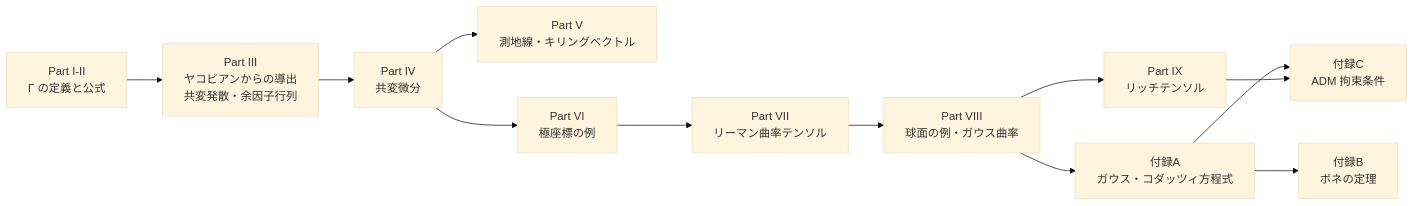
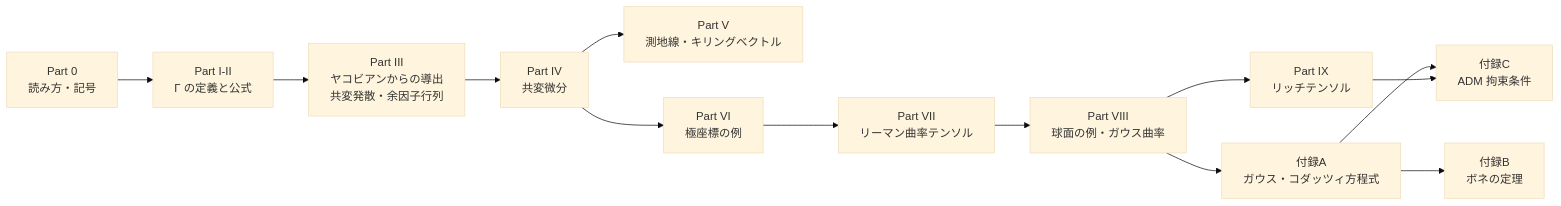
The first of 4 diagrams in 研究ノート/christoffel_riemann_intro.md (kazuma0606/quantum-study), drawn with Mermaid (base theme) before and after one commit. The commit also changed other lines of this file and 1 other file, not shown here.

First line of the commit message:
Add Part 0, table of contents and per-Part contents to the note

````diff
--- a/研究ノート/christoffel_riemann_intro.md
+++ b/研究ノート/christoffel_riemann_intro.md
@@ -7,20 +132,22 @@
 ```mermaid
 flowchart LR
+    P0["Part 0<br/>読み方・記号"]
     P1["Part I-II<br/>Γ の定義と公式"]
     P3["Part III<br/>ヤコビアンからの導出<br/>共変発散・余因子行列"]
     P4["Part IV<br/>共変微分"]
     P5["Part V<br/>測地線・キリングベクトル"]
     P6["Part VI<br/>極座標の例"]
     P7["Part VII<br/>リーマン曲率テンソル"]
     P8["Part VIII<br/>球面の例・ガウス曲率"]
     P9["Part IX<br/>リッチテンソル"]
     A["付録A<br/>ガウス・コダッツィ方程式"]
     B["付録B<br/>ボネの定理"]
     C["付録C<br/>ADM 拘束条件"]
 
+    P0 --> P1
     P1 --> P3 --> P4 --> P5
     P4 --> P6 --> P7 --> P8 --> P9
     P8 --> A --> B
     A --> C
     P9 --> C
 ```
````
